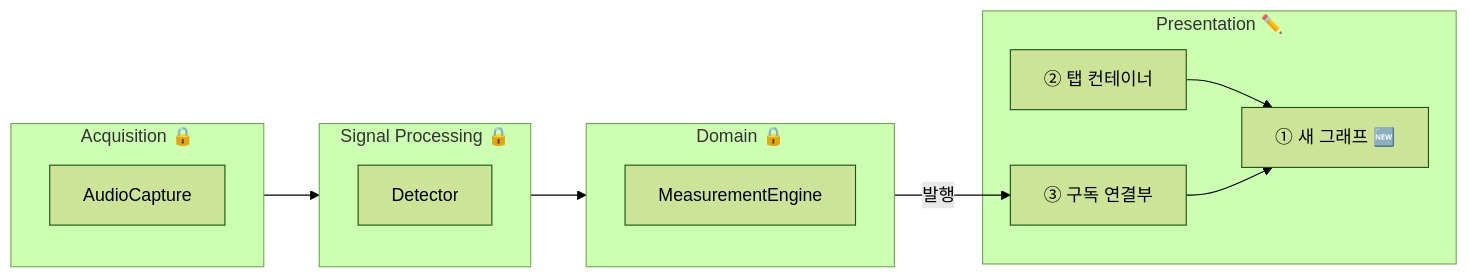
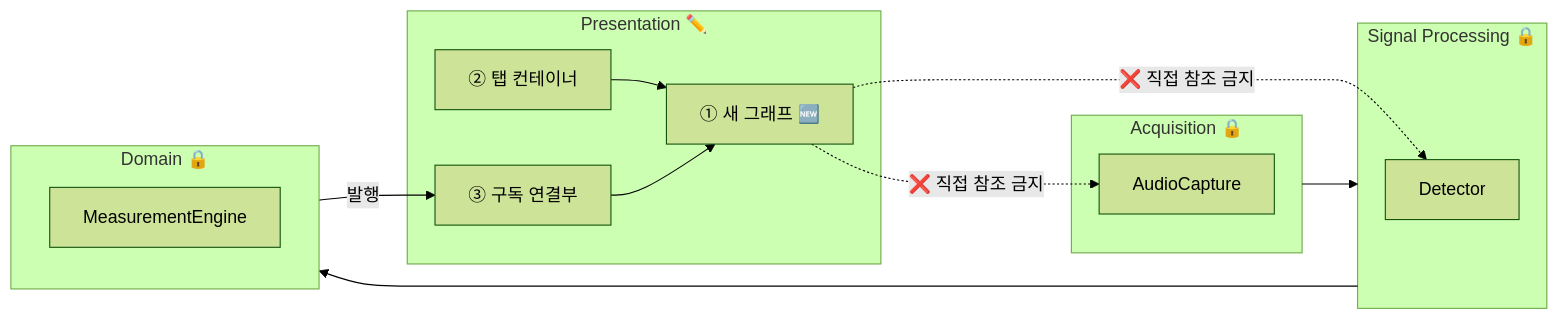
Before and after one commit to Ji-Min-Lee/2026-3-sw-architect-studio-project: the diagram in docs/milestone1/quality_attribute_scenarios_extensibility.md, drawn with Mermaid (forest theme). The commit also changed other lines of this file, not shown here.

Commit message:
docs: add dependency direction to Response Measure and diagram

````diff
--- a/docs/milestone1/quality_attribute_scenarios_extensibility.md
+++ b/docs/milestone1/quality_attribute_scenarios_extensibility.md
@@ -45,24 +45,26 @@
 ```mermaid
 flowchart LR
     subgraph ACQ["Acquisition 🔒"]
         AC["AudioCapture"]
     end
 
     subgraph DSP["Signal Processing 🔒"]
         DT["Detector"]
     end
 
     subgraph DOM["Domain 🔒"]
         ME["MeasurementEngine"]
     end
 
     subgraph PL["Presentation ✏️"]
         B["② 탭 컨테이너"]
         C["③ 구독 연결부"]
         A["① 새 그래프 🆕"]
         B --> A
         C --> A
     end
 
     ACQ --> DSP --> DOM -->|"발행"| C
+    A -. "❌ 직접 참조 금지" .-> DT
+    A -. "❌ 직접 참조 금지" .-> AC
 ```
````
